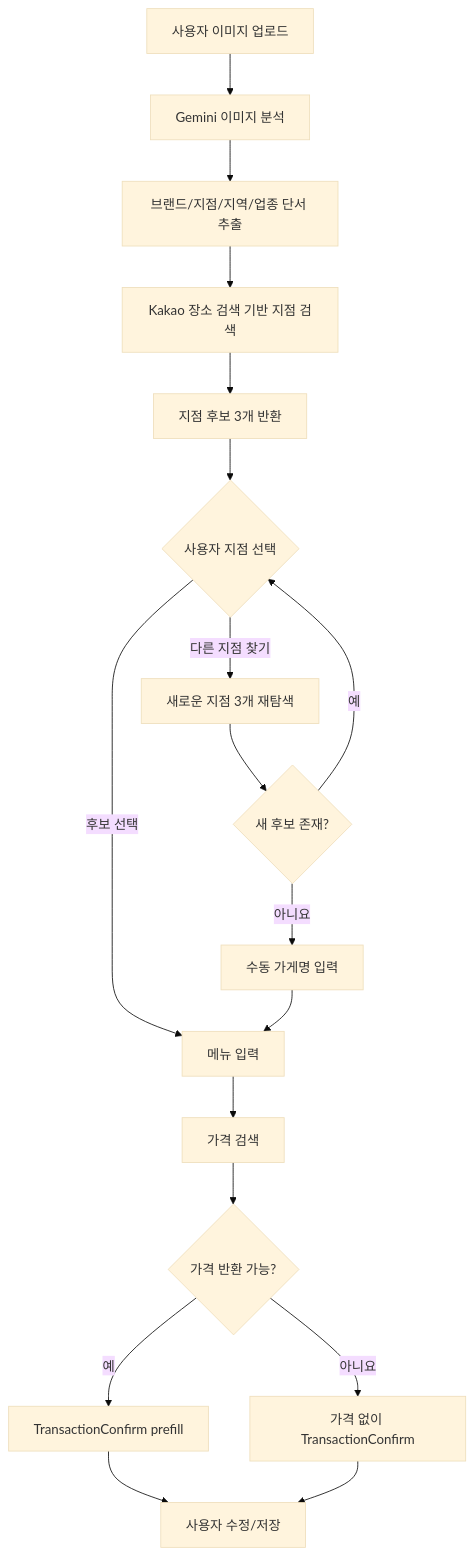
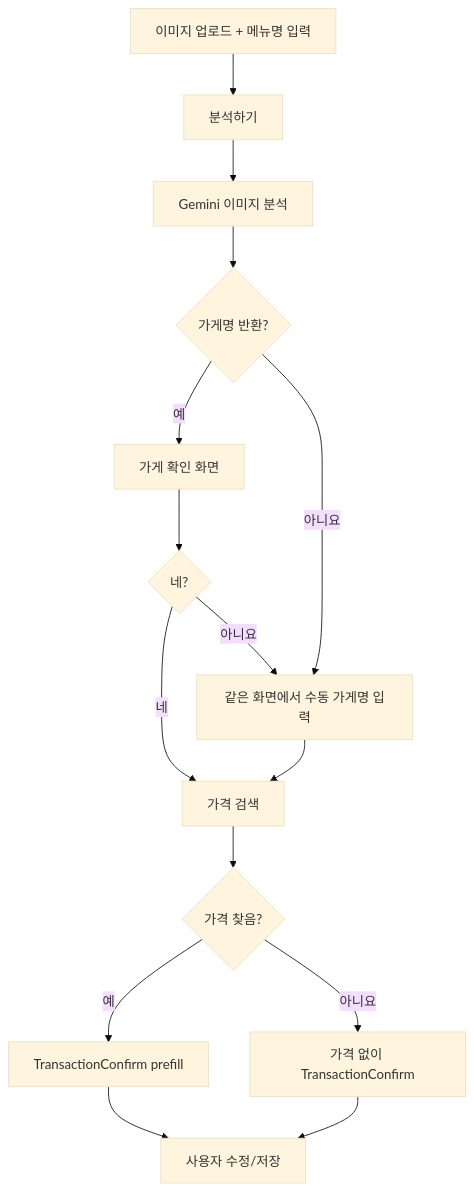
The diagram in 이미지-매칭.md (chan042/Hyper-personalized-AI-consumer-coaching), drawn with Mermaid (base theme) before and after one commit. The commit also changed other lines of this file, not shown here.

Commit message:
이미지-매칭 기능 수정

````diff
--- a/이미지-매칭.md
+++ b/이미지-매칭.md
@@ -38,20 +30,17 @@
 ```mermaid
 flowchart TD
-    A["사용자 이미지 업로드"] --> B["Gemini 이미지 분석"]
-    B --> C["브랜드/지점/지역/업종 단서 추출"]
-    C --> D["Kakao 장소 검색 기반 지점 검색"]
-    D --> E["지점 후보 3개 반환"]
-    E --> F{"사용자 지점 선택"}
-    F -- 후보 선택 --> G["메뉴 입력"]
-    F -- 다른 지점 찾기 --> H["새로운 지점 3개 재탐색"]
-    H --> I{"새 후보 존재?"}
-    I -- 예 --> F
-    I -- 아니요 --> J["수동 가게명 입력"]
-    J --> G["메뉴 입력"]
-    G --> K["가격 검색"]
-    K --> L{"가격 반환 가능?"}
-    L -- 예 --> M["TransactionConfirm prefill"]
-    L -- 아니요 --> N["가격 없이 TransactionConfirm"]
-    M --> O["사용자 수정/저장"]
-    N --> O
+    A["이미지 업로드 + 메뉴명 입력"] --> B["분석하기"]
+    B --> C["Gemini 이미지 분석"]
+    C --> D{"가게명 반환?"}
+    D -- 예 --> E["가게 확인 화면"]
+    D -- 아니요 --> F["같은 화면에서 수동 가게명 입력"]
+    E --> G{"네?"}
+    G -- 네 --> H["가격 검색"]
+    G -- 아니요 --> F
+    F --> H
+    H --> I{"가격 찾음?"}
+    I -- 예 --> J["TransactionConfirm prefill"]
+    I -- 아니요 --> K["가격 없이 TransactionConfirm"]
+    J --> L["사용자 수정/저장"]
+    K --> L
 ```
````
